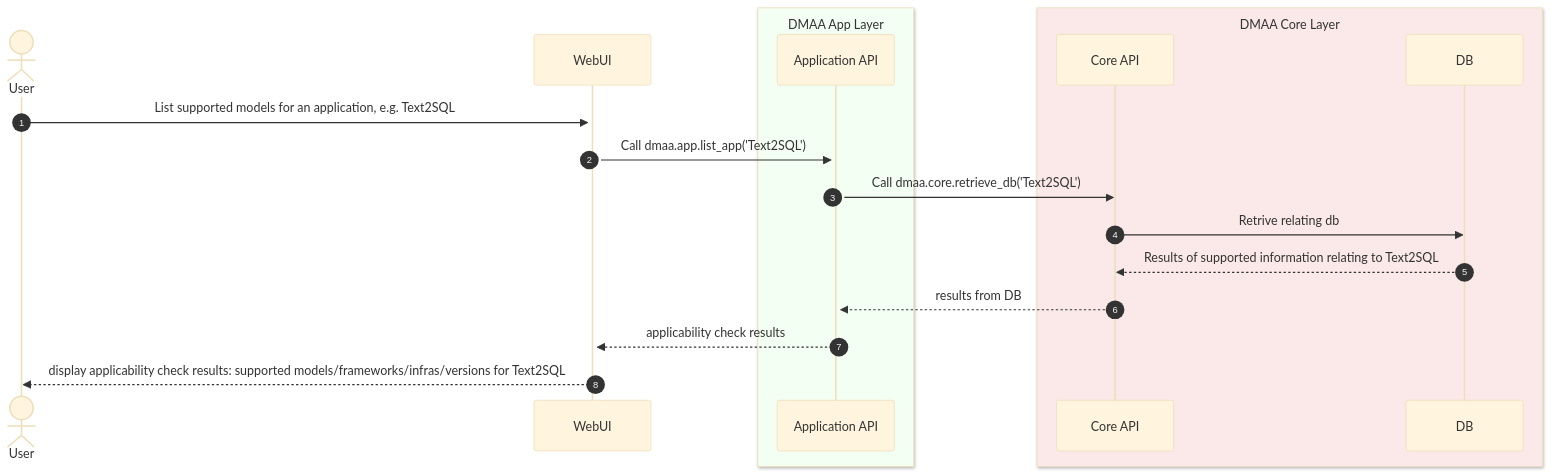
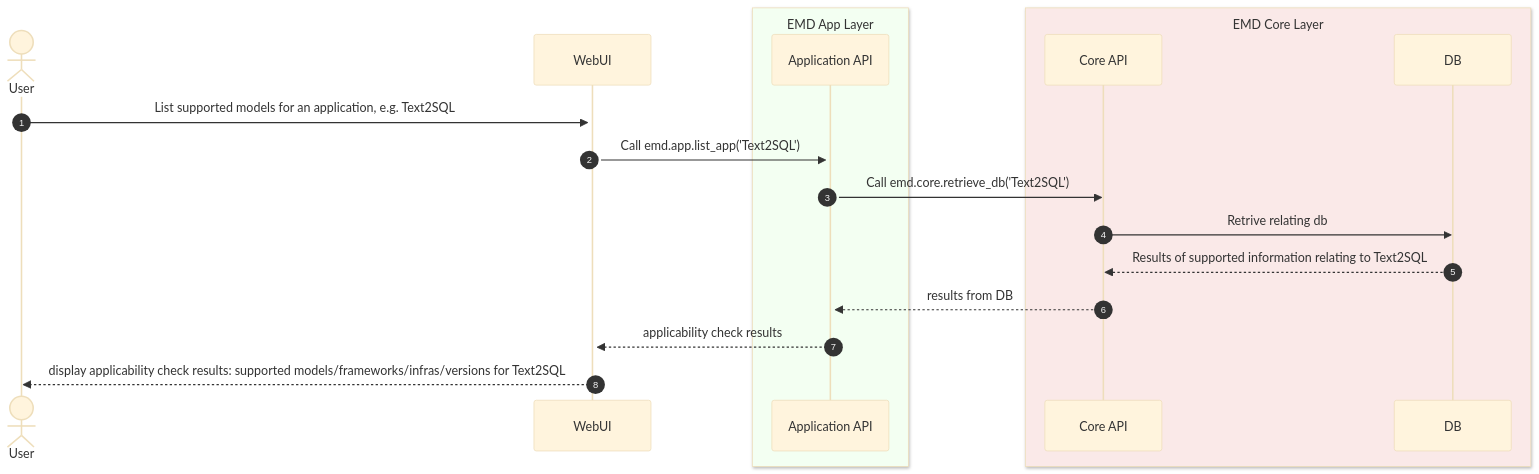
One commit to yanbasic/easy-model-deployer changed the diagram in docs/time-sequence/applicability-check-after-initialization.md. Above: the diagram before and after it, drawn with Mermaid (base theme). The commit also changed 192 other files, not shown here.

````diff
--- a/docs/time-sequence/applicability-check-after-initialization.md
+++ b/docs/time-sequence/applicability-check-after-initialization.md
@@ -5,22 +5,22 @@
 ```mermaid
 sequenceDiagram
     autonumber
     actor User
     User->>+WebUI: List supported models for an application, e.g. Text2SQL
-    box rgb(243, 255, 242) DMAA App Layer
+    box rgb(243, 255, 242) EMD App Layer
     participant Application API
     end
 
-    box rgb(250, 233, 232) DMAA Core Layer
+    box rgb(250, 233, 232) EMD Core Layer
     participant Core API
     participant DB
     end
 
-    WebUI->>+Application API: Call dmaa.app.list_app('Text2SQL')
-    Application API->>Core API: Call dmaa.core.retrieve_db('Text2SQL')
+    WebUI->>+Application API: Call emd.app.list_app('Text2SQL')
+    Application API->>Core API: Call emd.core.retrieve_db('Text2SQL')
     Core API->>DB: Retrive relating db
     DB-->>Core API: Results of supported information relating to Text2SQL
     Core API-->>Application API: results from DB
     Application API-->>WebUI: applicability check results
     WebUI-->>User: display applicability check results: supported models/frameworks/infras/versions for Text2SQL
 ```
````
